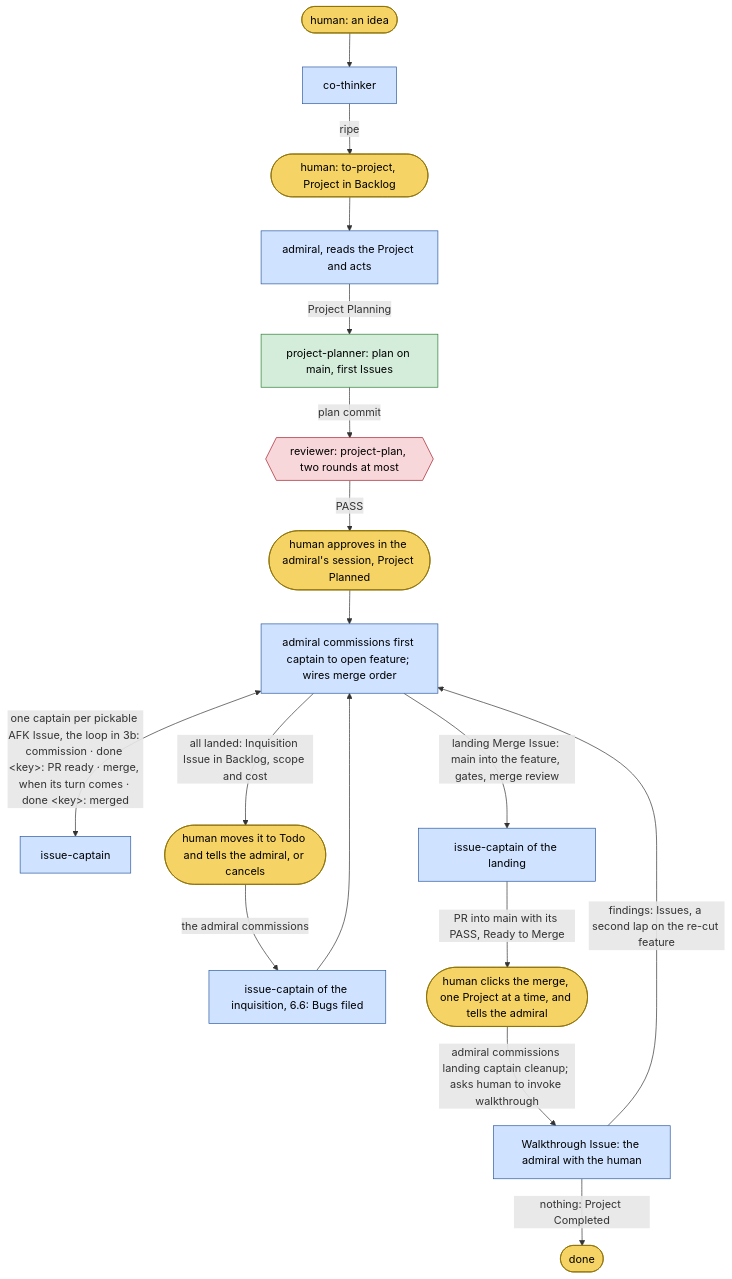
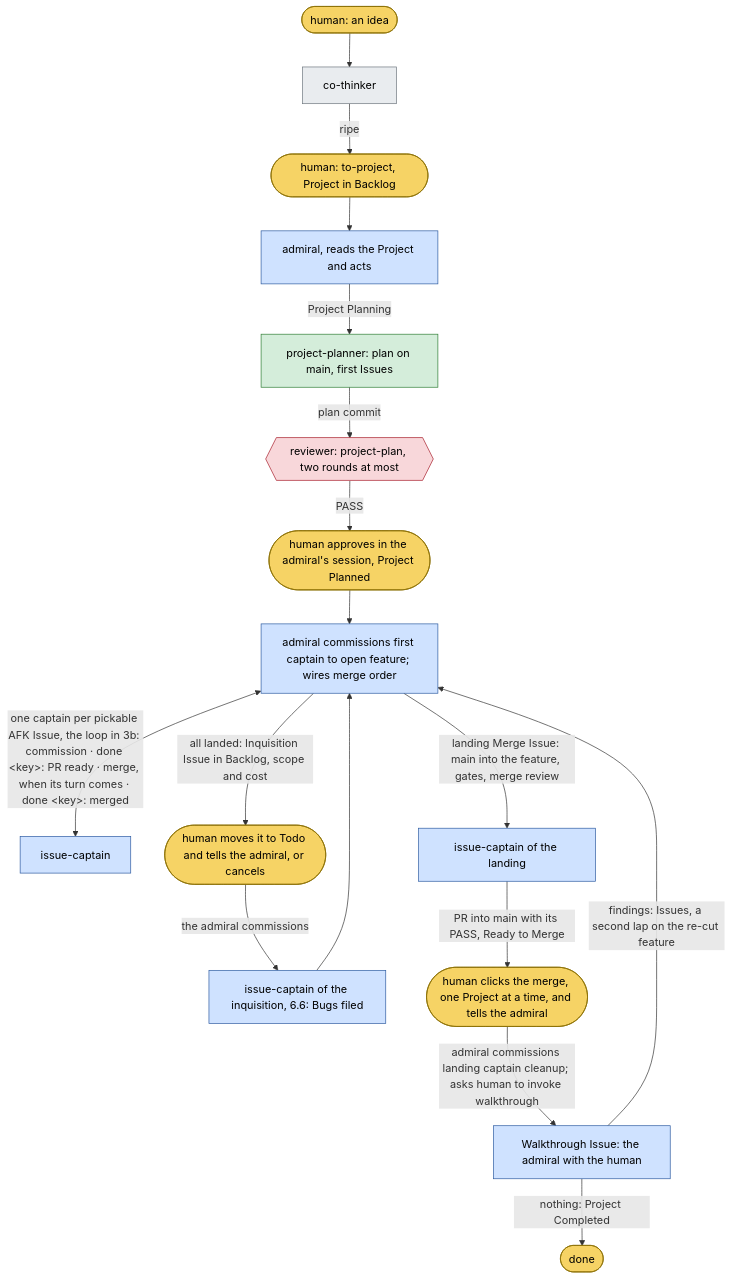
Before and after one commit to bodnarbalazs/dydo: the first of 12 diagrams in dydo/understand/control-flow.md, drawn with Mermaid. The commit also changed other lines of this file and 80 other files, not shown here.

````diff
--- a/dydo/understand/control-flow.md
+++ b/dydo/understand/control-flow.md
@@ -105,24 +108,25 @@
 ```mermaid
 flowchart TD
   classDef human fill:#f6d365,stroke:#8a6d00,color:#000
-  classDef hat fill:#cfe2ff,stroke:#2c5aa0,color:#000
-  classDef worker fill:#d4edda,stroke:#2e7d32,color:#000
+  classDef session fill:#e9ecef,stroke:#6c757d,color:#000
+  classDef officer fill:#cfe2ff,stroke:#2c5aa0,color:#000
+  classDef crew fill:#d4edda,stroke:#2e7d32,color:#000
   classDef reviewer fill:#f8d7da,stroke:#a71d2a,color:#000
 
-  H0([human: an idea]):::human --> CT[co-thinker]:::hat
+  H0([human: an idea]):::human --> CT[co-thinker]:::session
   CT -->|ripe| TP([human: to-project, Project in Backlog]):::human
-  TP --> AD[admiral, reads the Project and acts]:::hat
-  AD -->|Project Planning| PP[project-planner: plan on main, first Issues]:::worker
+  TP --> AD[admiral, reads the Project and acts]:::officer
+  AD -->|Project Planning| PP[project-planner: plan on main, first Issues]:::crew
   PP -->|plan commit| RP{{reviewer: project-plan, two rounds at most}}:::reviewer
   RP -->|PASS| H1([human approves in the admiral's session, Project Planned]):::human
-  H1 --> OP[admiral commissions first captain to open feature; wires merge order]:::hat
-  OP <-->|"one captain per pickable AFK Issue, the loop in 3b: commission · done &lt;key&gt;: PR ready · merge, when its turn comes · done &lt;key&gt;: merged"| IC[issue-captain]:::hat
+  H1 --> OP[admiral commissions first captain to open feature; wires merge order]:::officer
+  OP <-->|"one captain per pickable AFK Issue, the loop in 3b: commission · done &lt;key&gt;: PR ready · merge, when its turn comes · done &lt;key&gt;: merged"| IC[issue-captain]:::officer
   OP -->|all landed: Inquisition Issue in Backlog, scope and cost| H2([human moves it to Todo and tells the admiral, or cancels]):::human
-  H2 -->|the admiral commissions| IQ[issue-captain of the inquisition, 6.6: Bugs filed]:::hat
+  H2 -->|the admiral commissions| IQ[issue-captain of the inquisition, 6.6: Bugs filed]:::officer
   IQ --> OP
-  OP -->|landing Merge Issue: main into the feature, gates, merge review| LM[issue-captain of the landing]:::hat
+  OP -->|landing Merge Issue: main into the feature, gates, merge review| LM[issue-captain of the landing]:::officer
   LM -->|PR into main with its PASS, Ready to Merge| H3([human clicks the merge, one Project at a time, and tells the admiral]):::human
-  H3 -->|admiral commissions landing captain cleanup; asks human to invoke walkthrough| WT[Walkthrough Issue: the admiral with the human]:::hat
+  H3 -->|admiral commissions landing captain cleanup; asks human to invoke walkthrough| WT[Walkthrough Issue: the admiral with the human]:::officer
   WT -->|findings: Issues, a second lap on the re-cut feature| OP
   WT -->|nothing: Project Completed| END([done]):::human
 ```
````
